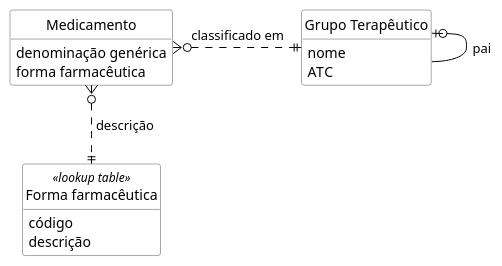
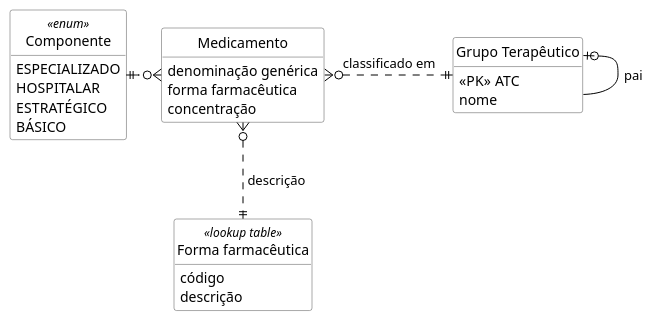
Before and after one commit to kyriosdata/medicamentos: the diagram in UML/dados.puml, drawn with PlantUML. The commit also changed 1 other file, not shown here.

```diff
--- a/UML/dados.puml
+++ b/UML/dados.puml
@@ -1,32 +1,41 @@
 @startuml dados
 
 hide circle
 hide methods
 hide empty members
 
 skinparam class {
     BackgroundColor White
     ArrowColor Black
     BorderColor #505050
 }
 
 entity "Grupo Terapêutico" as GT {
+    <<PK>> ATC
     nome
-    ATC
 }
 
 entity Medicamento {
     denominação genérica
     forma farmacêutica
+    concentração
 }
 
 entity "Forma farmacêutica" as FF <<lookup table>> {
     código
     descrição
 }
 
+entity Componente <<enum>> {
+    ESPECIALIZADO
+    HOSPITALAR
+    ESTRATÉGICO
+    BÁSICO
+} 
+
 GT |o-- GT : pai
 Medicamento }o.right.|| GT : classificado em
 Medicamento }o..|| FF : " descrição"
+Medicamento }o.left.|| Componente
 
 @enduml
```
